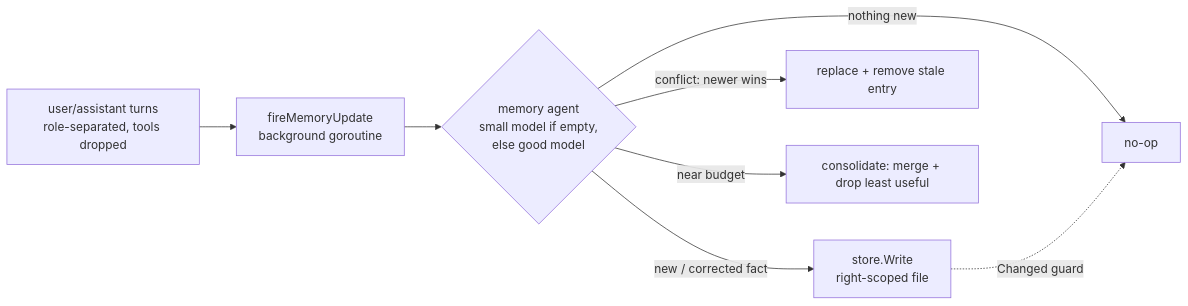
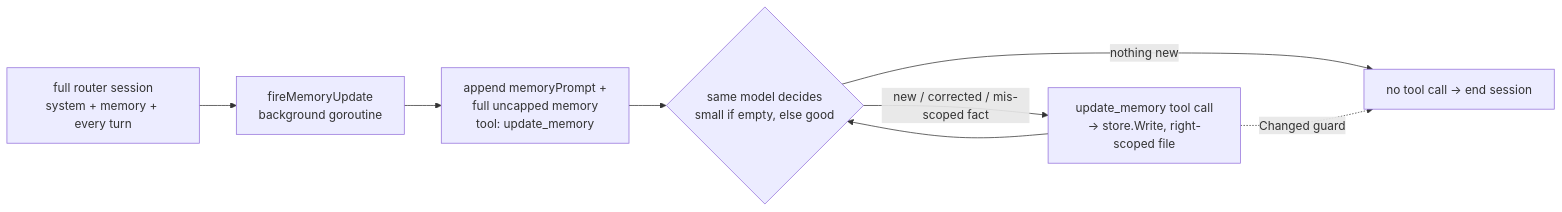
Before and after one commit to hetsaraiya/spores: the fifth of 5 diagrams in ARCHITECTURE.md, drawn with Mermaid. The commit also changed other lines of this file and 2 other files, not shown here.

Commit message:
refactor: enhance memory management logic and update related tests

````diff
--- a/ARCHITECTURE.md
+++ b/ARCHITECTURE.md
@@ -140,10 +159,10 @@
 ```mermaid
 flowchart LR
-    T[user/assistant turns\nrole-separated, tools dropped] --> F[fireMemoryUpdate\nbackground goroutine]
-    F --> M{memory agent\nsmall model if empty,\nelse good model}
-    M -->|new / corrected fact| W[store.Write\nright-scoped file]
-    M -->|conflict: newer wins| R[replace + remove stale entry]
-    M -->|near budget| C[consolidate: merge + drop least useful]
-    M -->|nothing new| X[no-op]
+    S[full router session\nsystem + memory + every turn] --> F[fireMemoryUpdate\nbackground goroutine]
+    F --> P[append memoryPrompt +\nfull uncapped memory\ntool: update_memory]
+    P --> M{same model decides\nsmall if empty, else good}
+    M -->|new / corrected / mis-scoped fact| W[update_memory tool call\n→ store.Write, right-scoped file]
+    M -->|nothing new| X[no tool call → end session]
     W -.->|Changed guard| X
+    W --> M
 ```
````
